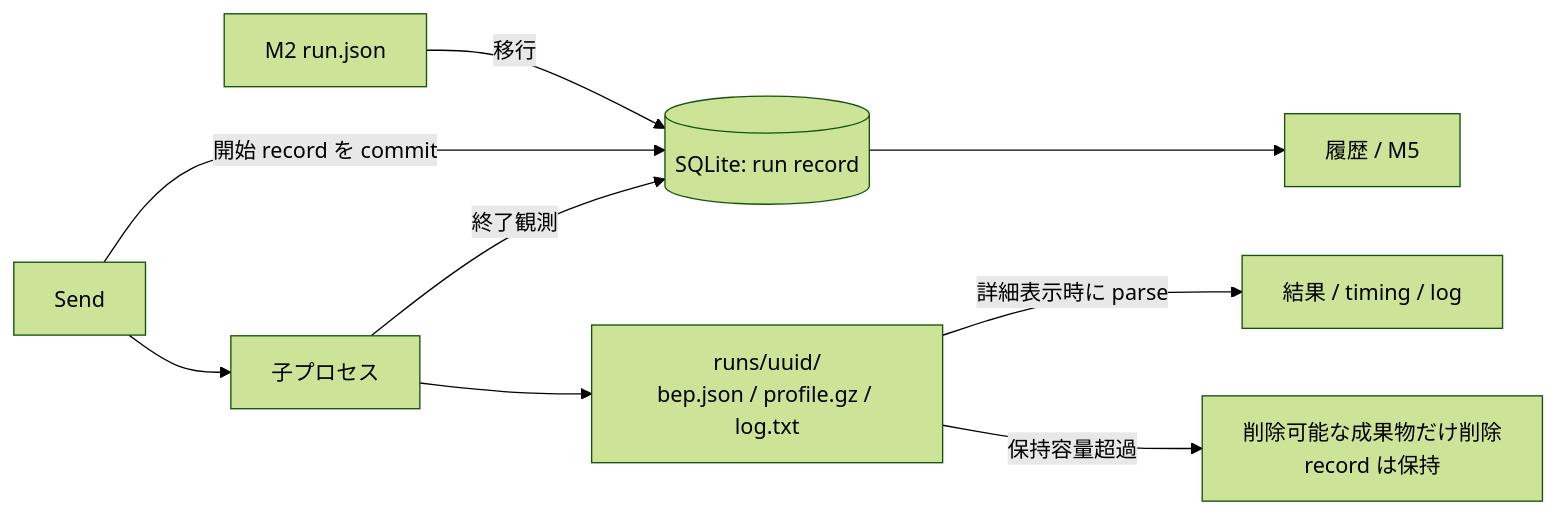
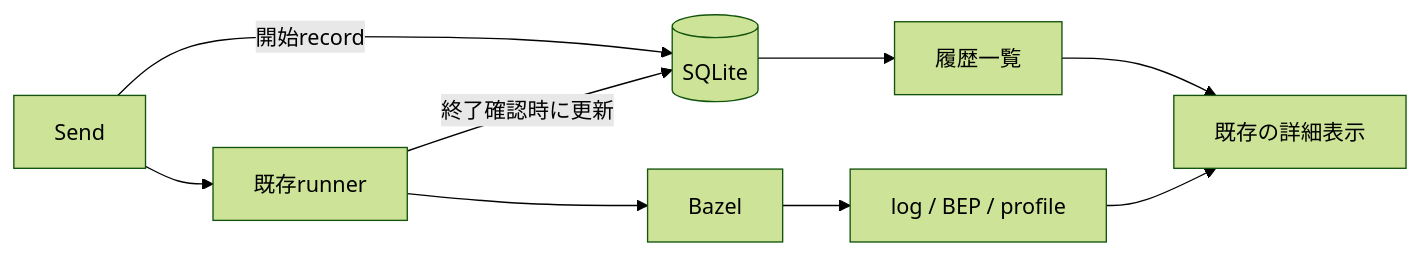
One commit to OhataKenji/zeal changed the diagram in docs/design/m4-run-history.md. Above: the diagram before and after it, drawn with Mermaid (forest theme). The commit also changed other lines of this file and 8 other files, not shown here.

First line of the commit message:
Persist GUI run summaries in SQLite (#56)

````diff
--- a/docs/design/m4-run-history.md
+++ b/docs/design/m4-run-history.md
@@ -44,11 +48,9 @@
 ```mermaid
 flowchart LR
-    OLD["M2 run.json"] -->|"移行"| DB[("SQLite: run record")]
-    START["Send"] -->|"開始 record を commit"| DB
-    START --> CHILD["子プロセス"]
-    CHILD -->|"終了観測"| DB
-    CHILD --> FILES["runs/uuid/<br/>bep.json / profile.gz / log.txt"]
-    DB --> LIST["履歴 / M5"]
-    FILES -->|"詳細表示時に parse"| DETAIL["結果 / timing / log"]
-    FILES -->|"保持容量超過"| PURGE["削除可能な成果物だけ削除<br/>record は保持"]
+    SEND["Send"] -->|"開始record"| DB[("SQLite")]
+    SEND --> RUNNER["既存runner"] --> BAZEL["Bazel"]
+    RUNNER -->|"終了確認時に更新"| DB
+    BAZEL --> FILES["log / BEP / profile"]
+    DB --> LIST["履歴一覧"] --> DETAIL["既存の詳細表示"]
+    FILES --> DETAIL
 ```
````
